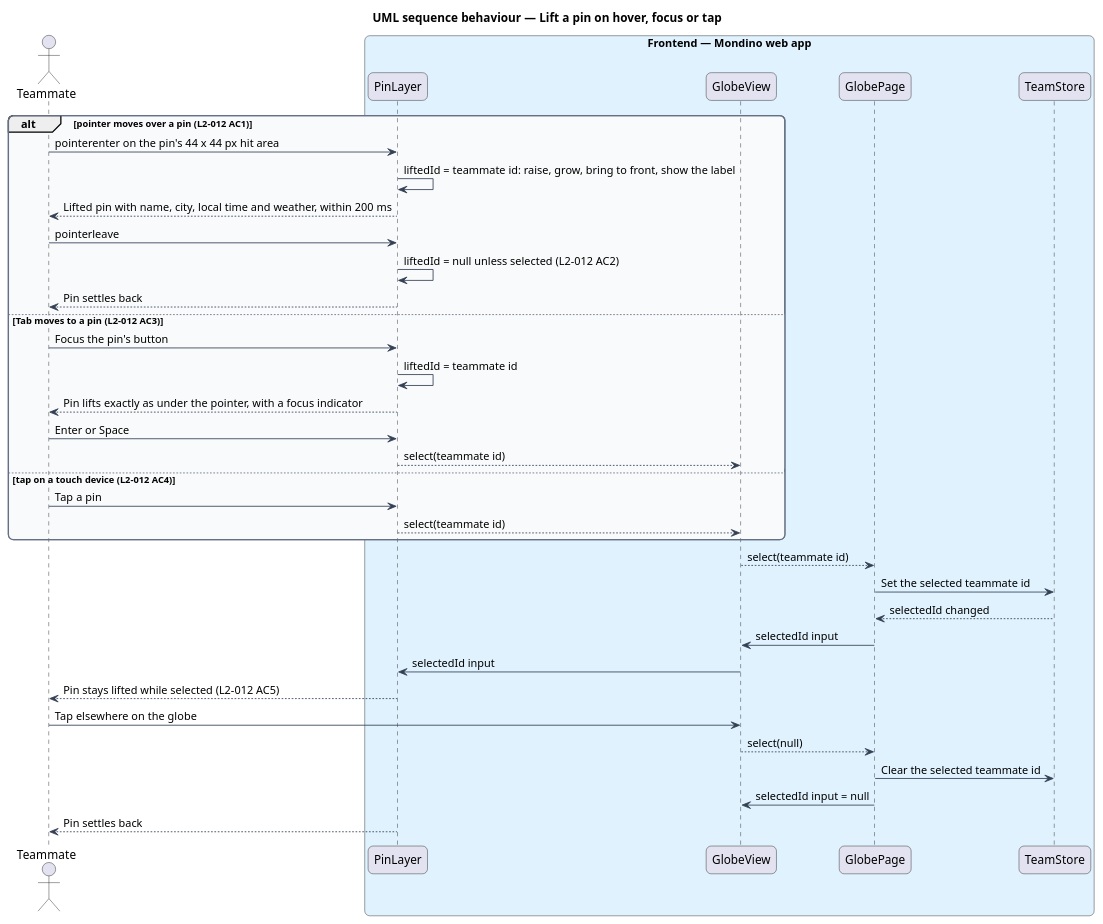
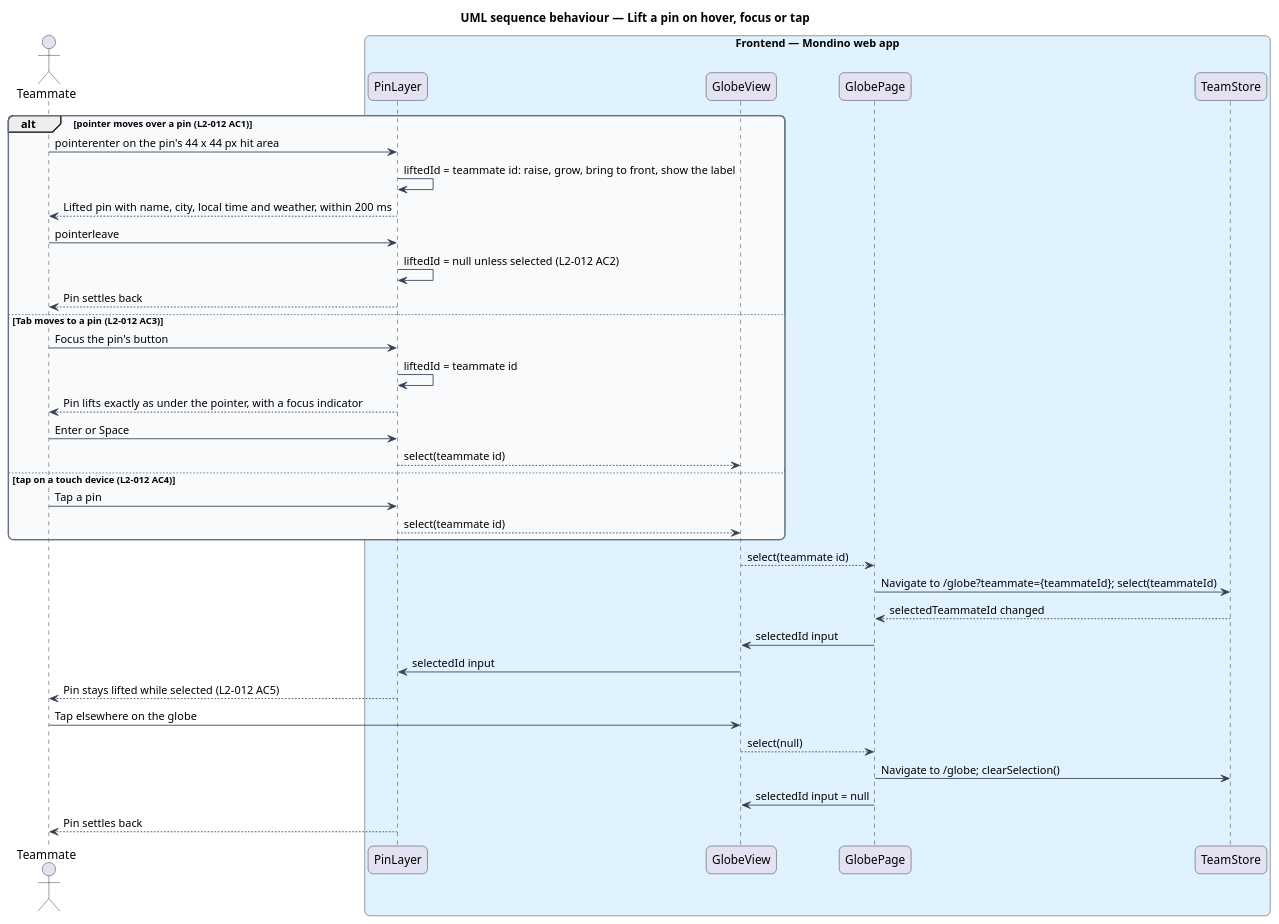
Before and after one commit to QuinntyneBrown/Mondino: the diagram in docs/detailed-designs/globe/show-pins/diagrams/sequence-lift-pin.puml, drawn with PlantUML. The commit also changed 69 other files, not shown here.

```diff
--- a/docs/detailed-designs/globe/show-pins/diagrams/sequence-lift-pin.puml
+++ b/docs/detailed-designs/globe/show-pins/diagrams/sequence-lift-pin.puml
@@ -1,52 +1,52 @@
 @startuml
 title UML sequence behaviour — Lift a pin on hover, focus or tap
 skinparam backgroundColor #FFFFFF
 skinparam shadowing false
 skinparam roundcorner 12
 skinparam defaultFontName Arial
 skinparam ArrowColor #344054
 skinparam rectangle {
   BorderColor #344054
   FontColor #101828
 }
 skinparam package {
   BorderColor #667085
   FontColor #101828
   BackgroundColor #F9FAFB
 }
 actor "Teammate" as actor
 box "Frontend — Mondino web app" #E0F2FE
   participant "PinLayer" as layer
   participant "GlobeView" as view
   participant "GlobePage" as page
   participant "TeamStore" as store
 end box
 alt pointer moves over a pin (L2-012 AC1)
   actor -> layer : pointerenter on the pin's 44 x 44 px hit area
   layer -> layer : liftedId = teammate id: raise, grow, bring to front, show the label
   layer --> actor : Lifted pin with name, city, local time and weather, within 200 ms
   actor -> layer : pointerleave
   layer -> layer : liftedId = null unless selected (L2-012 AC2)
   layer --> actor : Pin settles back
 else Tab moves to a pin (L2-012 AC3)
   actor -> layer : Focus the pin's button
   layer -> layer : liftedId = teammate id
   layer --> actor : Pin lifts exactly as under the pointer, with a focus indicator
   actor -> layer : Enter or Space
   layer --> view : select(teammate id)
 else tap on a touch device (L2-012 AC4)
   actor -> layer : Tap a pin
   layer --> view : select(teammate id)
 end
 view --> page : select(teammate id)
-page -> store : Set the selected teammate id
-store --> page : selectedId changed
+page -> store : Navigate to /globe?teammate={teammateId}; select(teammateId)
+store --> page : selectedTeammateId changed
 page -> view : selectedId input
 view -> layer : selectedId input
 layer --> actor : Pin stays lifted while selected (L2-012 AC5)
 actor -> view : Tap elsewhere on the globe
 view --> page : select(null)
-page -> store : Clear the selected teammate id
+page -> store : Navigate to /globe; clearSelection()
 page -> view : selectedId input = null
 layer --> actor : Pin settles back
 @enduml
```
